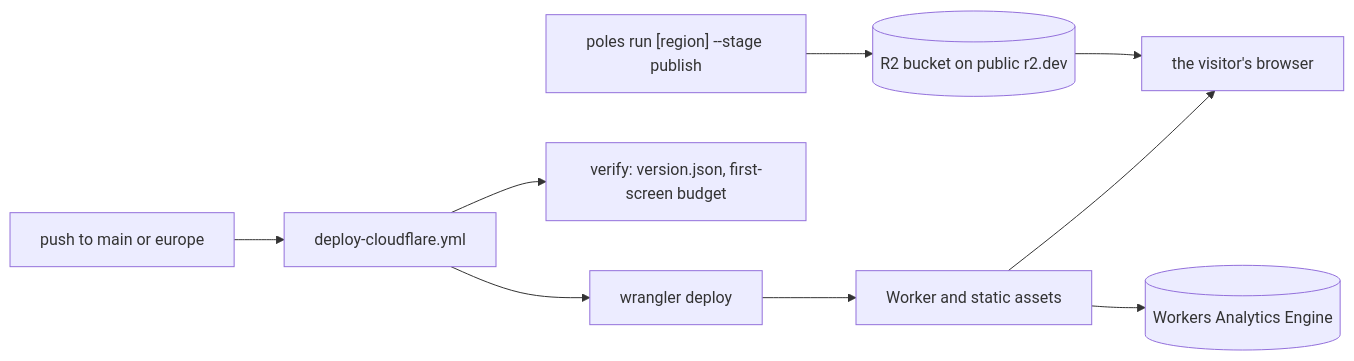
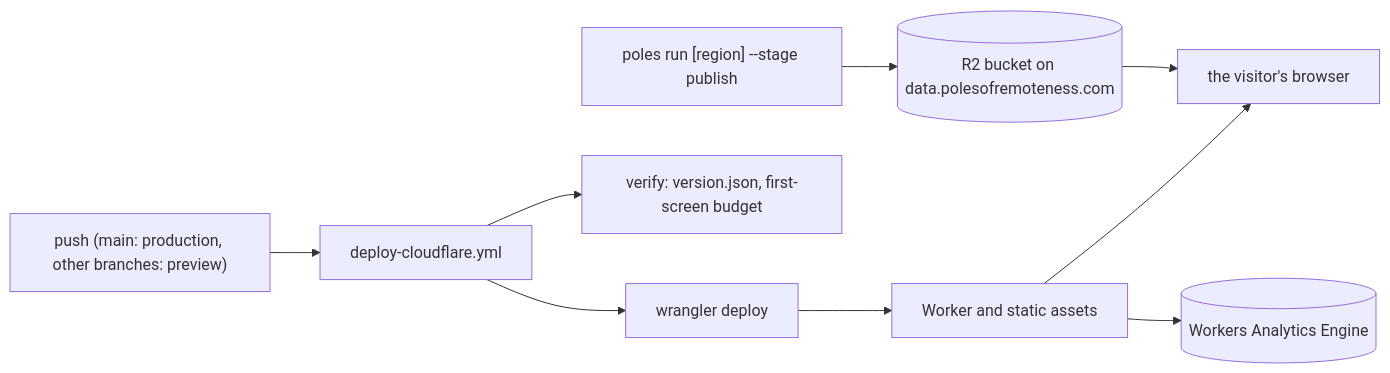
The first of 4 diagrams in docs/diagrams/03-deploy.md (donataskasp/poles-of-remoteness), drawn with Mermaid before and after one commit. The commit also changed other lines of this file and 5 other files, not shown here.

Commit message:
docs: the cutover state; polesofremoteness.com live, stage 6 done, the LT era recorded as history (#12)

````diff
--- a/docs/diagrams/03-deploy.md
+++ b/docs/diagrams/03-deploy.md
@@ -5,9 +5,9 @@
 ```mermaid
 flowchart LR
-    push["push to main or europe"] --> ci["deploy-cloudflare.yml"] --> wd["wrangler deploy"] --> worker["Worker and static assets"]
+    push["push (main: production, other branches: preview)"] --> ci["deploy-cloudflare.yml"] --> wd["wrangler deploy"] --> worker["Worker and static assets"]
     ci --> verify["verify: version.json, first-screen budget"]
     worker --> browser["the visitor's browser"]
     worker --> ae[("Workers Analytics Engine")]
-    run["poles run [region] --stage publish"] --> r2[("R2 bucket on public r2.dev")]
+    run["poles run [region] --stage publish"] --> r2[("R2 bucket on data.polesofremoteness.com")]
     r2 --> browser
 ```
````
